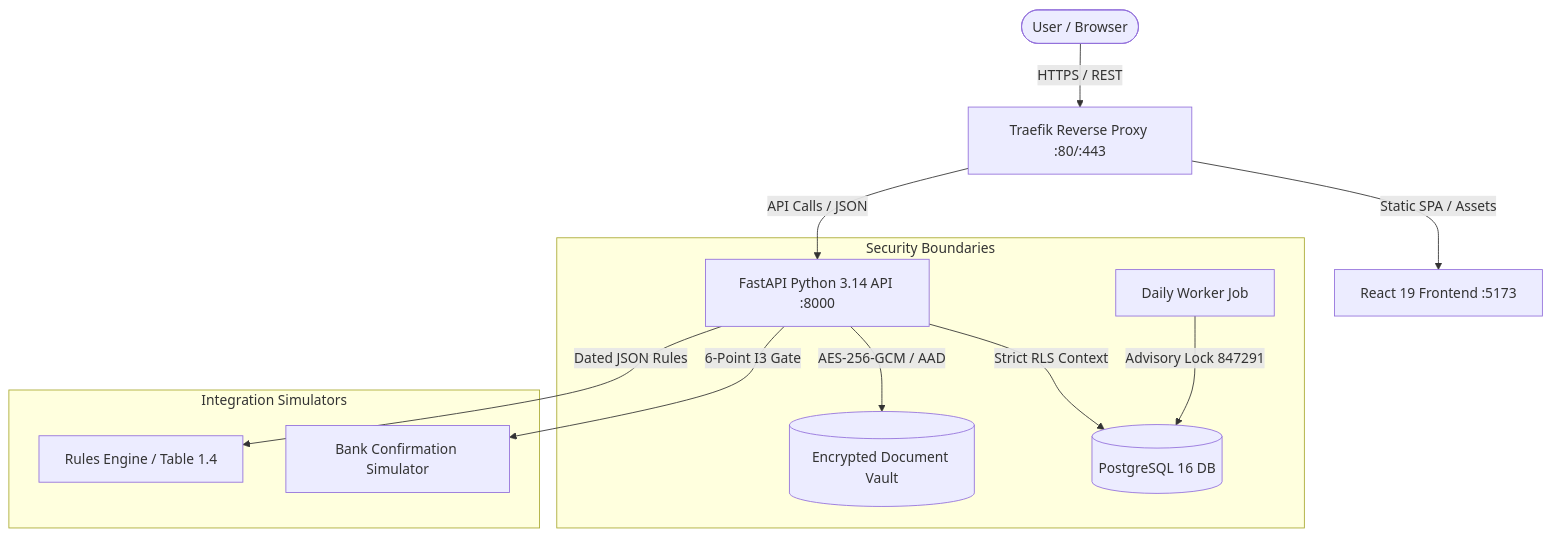
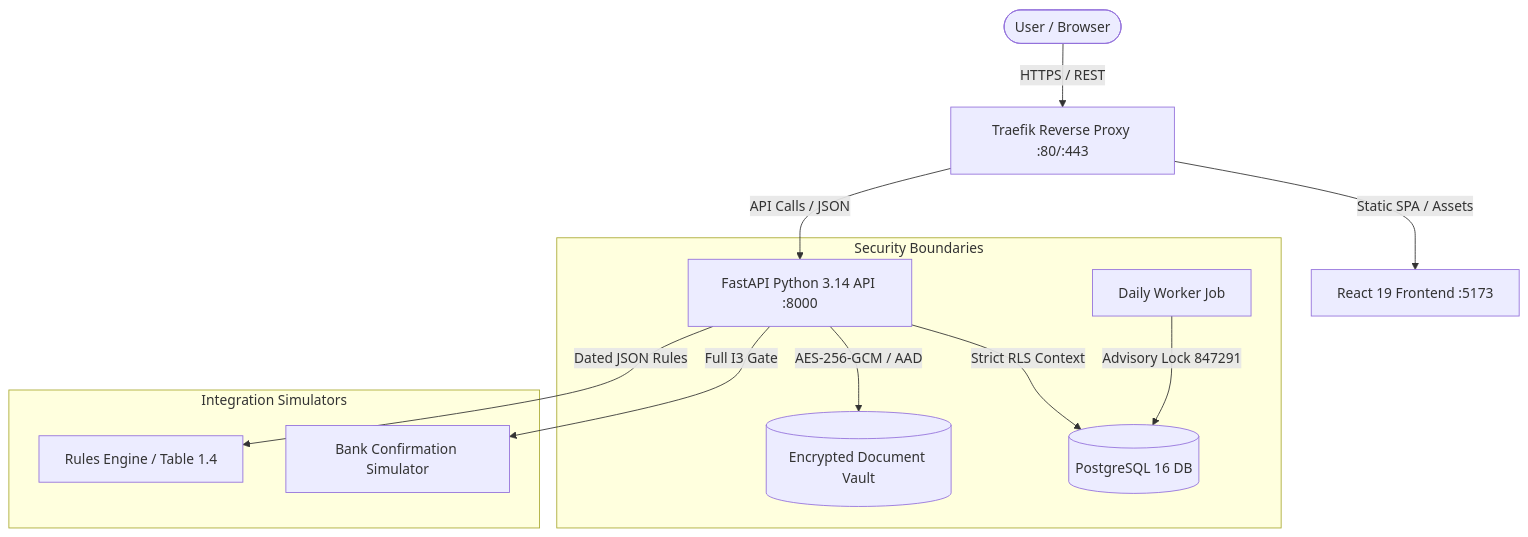
Before and after one commit to Sidd2721/AICTE-: the diagram in docs/ARCHITECTURE.md, drawn with Mermaid. The commit also changed other lines of this file and 50 other files, not shown here.

````diff
--- a/docs/ARCHITECTURE.md
+++ b/docs/ARCHITECTURE.md
@@ -9,17 +11,17 @@
 ```mermaid
 graph TD
     User([User / Browser]) -->|HTTPS / REST| Traefik[Traefik Reverse Proxy :80/:443]
     Traefik -->|Static SPA / Assets| Frontend[React 19 Frontend :5173]
     Traefik -->|API Calls / JSON| Backend[FastAPI Python 3.14 API :8000]
 
     subgraph Security Boundaries
         Backend -->|Strict RLS Context| PG[(PostgreSQL 16 DB)]
         Backend -->|AES-256-GCM / AAD| Vault[(Encrypted Document Vault)]
         Worker[Daily Worker Job] -->|Advisory Lock 847291| PG
     end
 
     subgraph Integration Simulators
-        Backend -->|6-Point I3 Gate| BankSim[Bank Confirmation Simulator]
+        Backend -->|Full I3 Gate| BankSim[Bank Confirmation Simulator]
         Backend -->|Dated JSON Rules| RulesEngine[Rules Engine / Table 1.4]
     end
 ```
````
